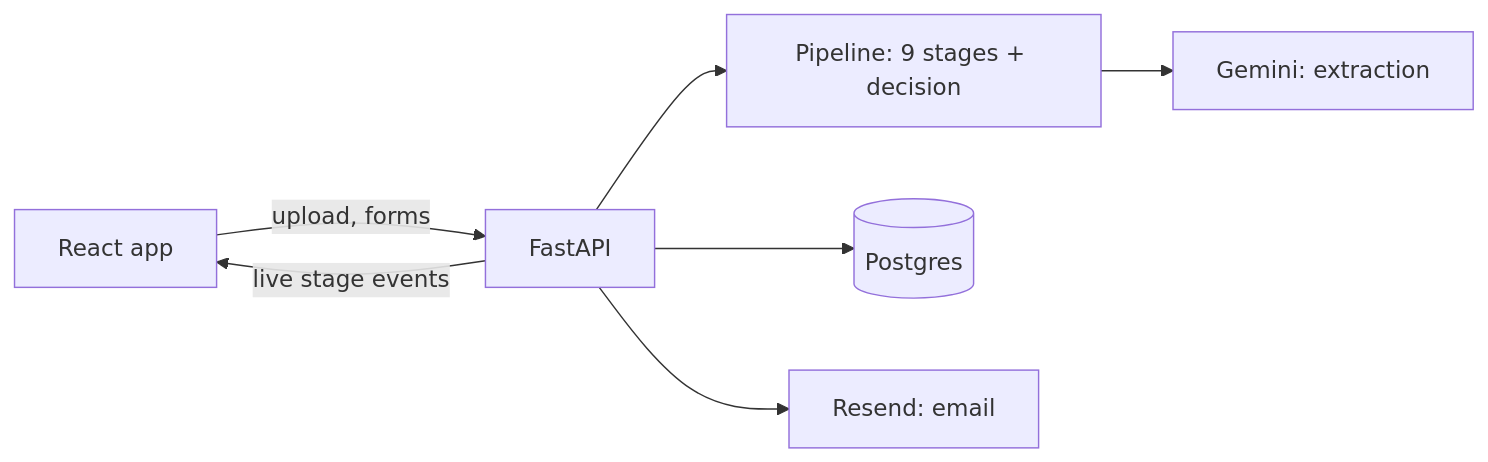
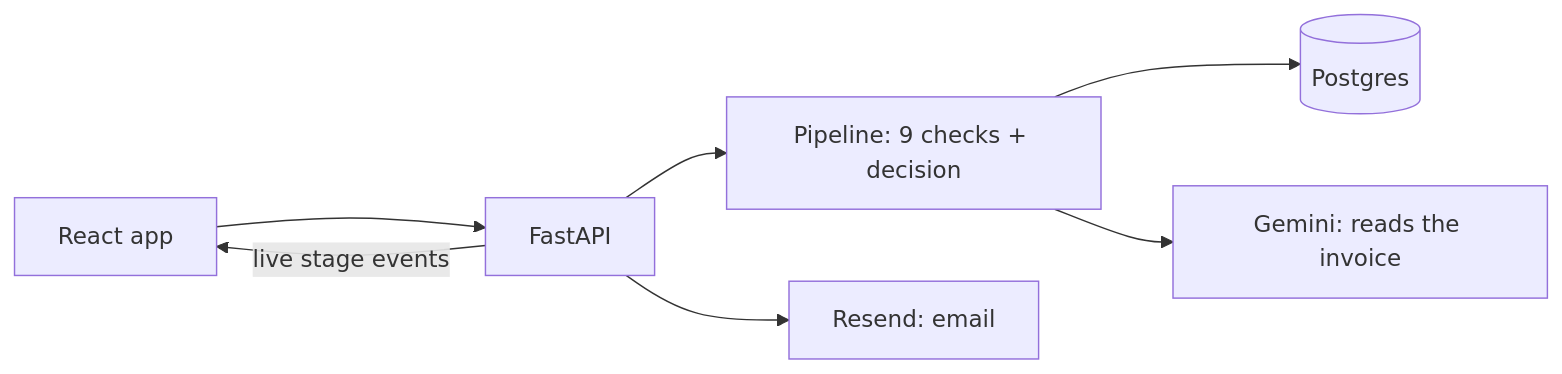
The diagram in README.md (nvmanishankar/invoiceiq), drawn with Mermaid before and after one commit. The commit also changed other lines of this file, not shown here.

````diff
--- a/README.md
+++ b/README.md
@@ -37,9 +51,9 @@
 ```mermaid
 flowchart LR
-    R[React app] -->|upload, forms| F[FastAPI]
+    R[React app] --> F[FastAPI]
     F -->|live stage events| R
-    F --> P[Pipeline: 9 stages + decision]
-    P --> G[Gemini: extraction]
-    F --> DB[(Postgres)]
+    F --> P[Pipeline: 9 checks + decision]
+    P --> DB[(Postgres)]
+    P --> G[Gemini: reads the invoice]
     F --> E[Resend: email]
 ```
````
